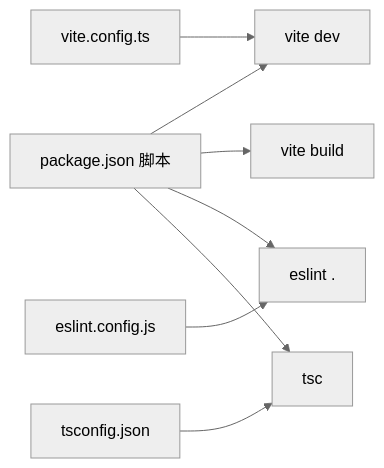
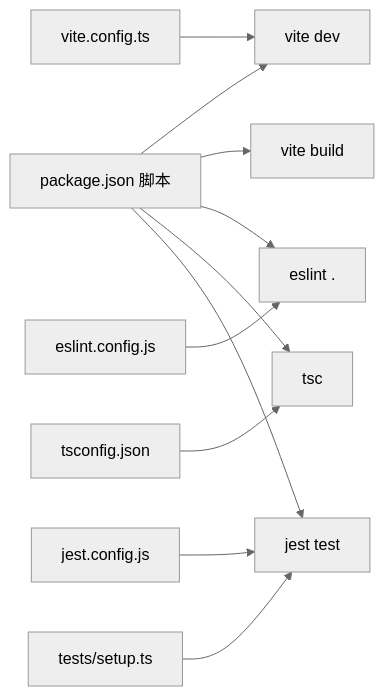
The fourth of 5 diagrams in .qoder/repowiki/zh/content/开发指南/测试与调试.md (xianjianshenqu/SalesFlow-CRM), drawn with Mermaid (neutral theme) before and after one commit. The commit also changed other lines of this file and 7 other files, not shown here.

````diff
--- a/.qoder/repowiki/zh/content/开发指南/测试与调试.md
+++ b/.qoder/repowiki/zh/content/开发指南/测试与调试.md
@@ -235,10 +198,13 @@
 ```mermaid
 graph LR
 PKG["package.json 脚本"] --> Dev["vite dev"]
 PKG --> Build["vite build"]
 PKG --> Lint["eslint ."]
 PKG --> TypeCheck["tsc"]
+PKG --> Test["jest test"]
 Vite["vite.config.ts"] --> Dev
 ESL["eslint.config.js"] --> Lint
 TS["tsconfig.json"] --> TypeCheck
+JEST["jest.config.js"] --> Test
+TESTSETUP["tests/setup.ts"] --> Test
 ```
````
